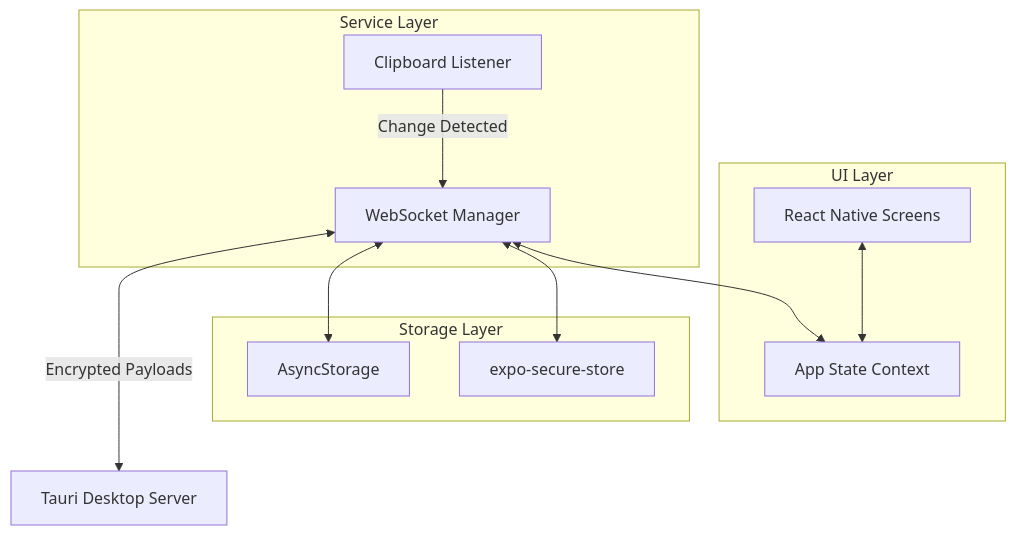
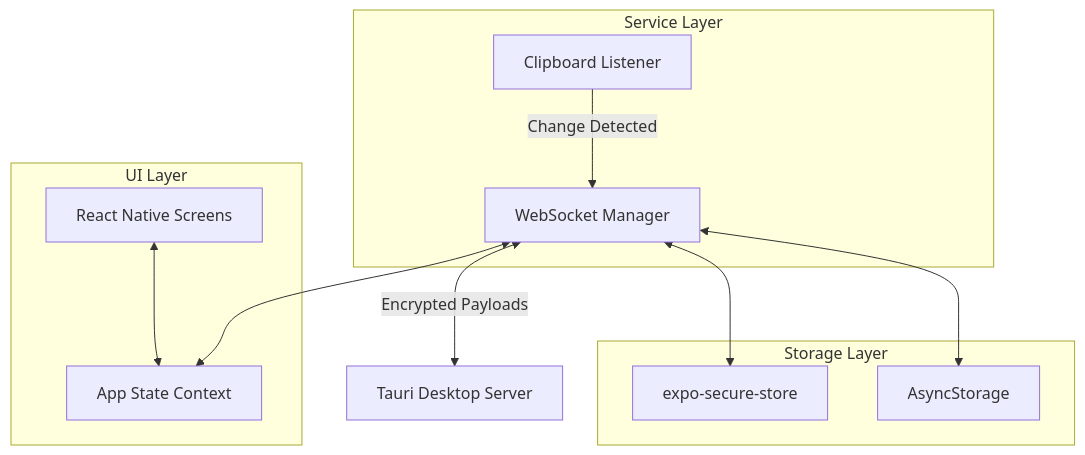
The second of 4 diagrams in docs/ARCHITECTURE.md (ByteLounge/ClipBridge), drawn with Mermaid before and after one commit. The commit also changed other lines of this file and 7 other files, not shown here.

Commit message:
Update README and architecture documentation; add new assets for demo and screenshots

````diff
--- a/docs/ARCHITECTURE.md
+++ b/docs/ARCHITECTURE.md
@@ -66,18 +66,18 @@
 ```mermaid
 graph TD
-    subgraph UI Layer
-        MUI[React Native Screens] <--> Context[App State Context]
+    subgraph UI_Layer ["UI Layer"]
+        MUI["React Native Screens"] <--> Context["App State Context"]
     end
 
-    subgraph Service Layer
-        WS[WebSocket Manager] <--> Context
-        CB[Clipboard Listener] -->|Change Detected| WS
+    subgraph Service_Layer ["Service Layer"]
+        WS["WebSocket Manager"] <--> Context
+        CB["Clipboard Listener"] -->|Change Detected| WS
     end
 
-    subgraph Storage Layer
-        WS <--> SS[expo-secure-store]
-        WS <--> AS[AsyncStorage]
+    subgraph Storage_Layer ["Storage Layer"]
+        WS <--> SS["expo-secure-store"]
+        WS <--> AS["AsyncStorage"]
     end
 
-    WS <--->|Encrypted Payloads| Server[Tauri Desktop Server]
+    WS <-->|"Encrypted Payloads"| Server["Tauri Desktop Server"]
 ```
````
